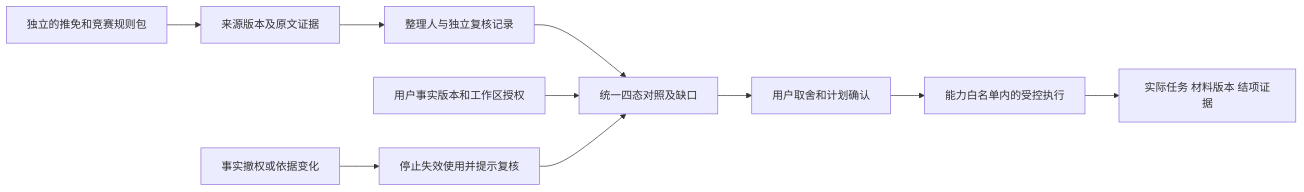
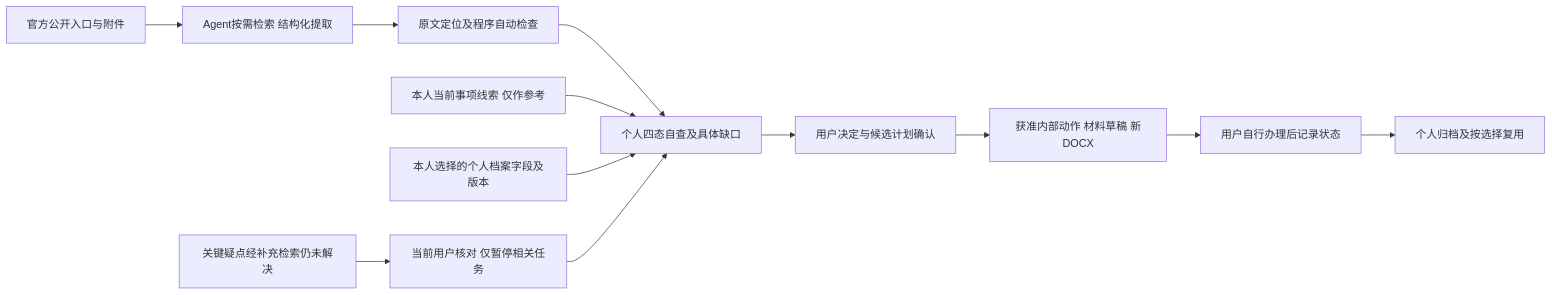
Before and after one commit to LotteryCamp/OfferPilot: the diagram in docs/design/domain-rules/du-yuhe/diagrams/01_规则依据关联.mmd, drawn with Mermaid. The commit also changed 12 other files, not shown here.

```diff
--- a/docs/design/domain-rules/du-yuhe/diagrams/01_规则依据关联.mmd
+++ b/docs/design/domain-rules/du-yuhe/diagrams/01_规则依据关联.mmd
@@ -1,10 +1,12 @@
 flowchart LR
-    T[独立的推免和竞赛规则包] --> E[来源版本及原文证据]
-    E --> R[整理人与独立复核记录]
-    R --> C[统一四态对照及缺口]
-    F[用户事实版本和工作区授权] --> C
-    C --> D[用户取舍和计划确认]
-    D --> A[能力白名单内的受控执行]
-    A --> O[实际任务 材料版本 结项证据]
-    U[事实撤权或依据变化] --> V[停止失效使用并提示复核]
-    V --> C
+    O[官方公开入口与附件] --> A[Agent按需检索 结构化提取]
+    A --> C[原文定位及程序自动检查]
+    C --> R[个人四态自查及具体缺口]
+    W[本人当前事项线索 仅作参考] --> R
+    F[本人选择的个人档案字段及版本] --> R
+    R --> P[用户决定与候选计划确认]
+    P --> M[获准内部动作 材料草稿 新DOCX]
+    M --> U[用户自行办理后记录状态]
+    U --> E[个人归档及按选择复用]
+    X[关键疑点经补充检索仍未解决] --> Q[当前用户核对 仅暂停相关任务]
+    Q --> R
```
